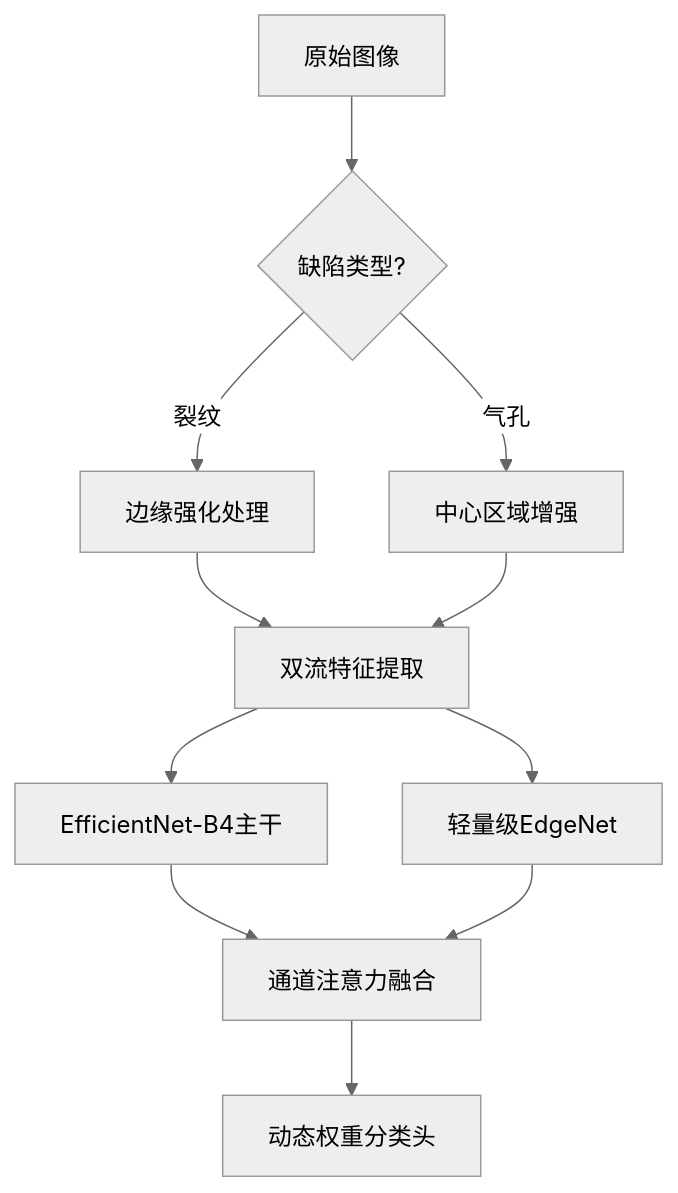
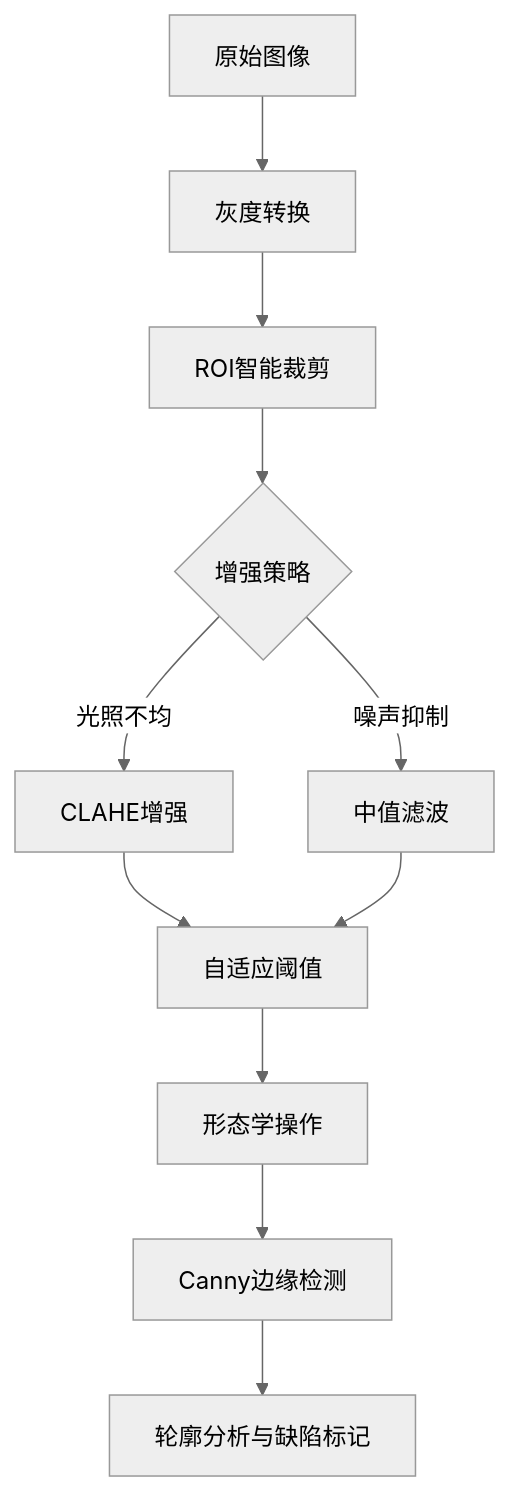
The first of 2 diagrams in README.md (ZhiQiu02/Dissertation), drawn with Mermaid (neutral theme) before and after one commit. The commit also changed other lines of this file, not shown here.

````diff
--- a/README.md
+++ b/README.md
@@ -28,13 +36,13 @@
 ```mermaid
 graph TD
-    A[原始图像] --> B{缺陷类型?}
-    B -->|裂纹| C1[边缘强化处理]
-    B -->|气孔| C2[中心区域增强]
-    C1 --> D[双流特征提取]
-    C2 --> D
-    D --> E[EfficientNet-B4主干]
-    D --> F[轻量级EdgeNet]
-    E --> G[通道注意力融合]
+    A[原始图像] --> B[灰度转换]
+    B --> C[ROI智能裁剪]
+    C --> D{增强策略}
+    D -->|光照不均| E[CLAHE增强]
+    D -->|噪声抑制| F[中值滤波]
+    E --> G[自适应阈值]
     F --> G
-    G --> H[动态权重分类头]
+    G --> H[形态学操作]
+    H --> I[Canny边缘检测]
+    I --> J[轮廓分析与缺陷标记]
 ```
````
